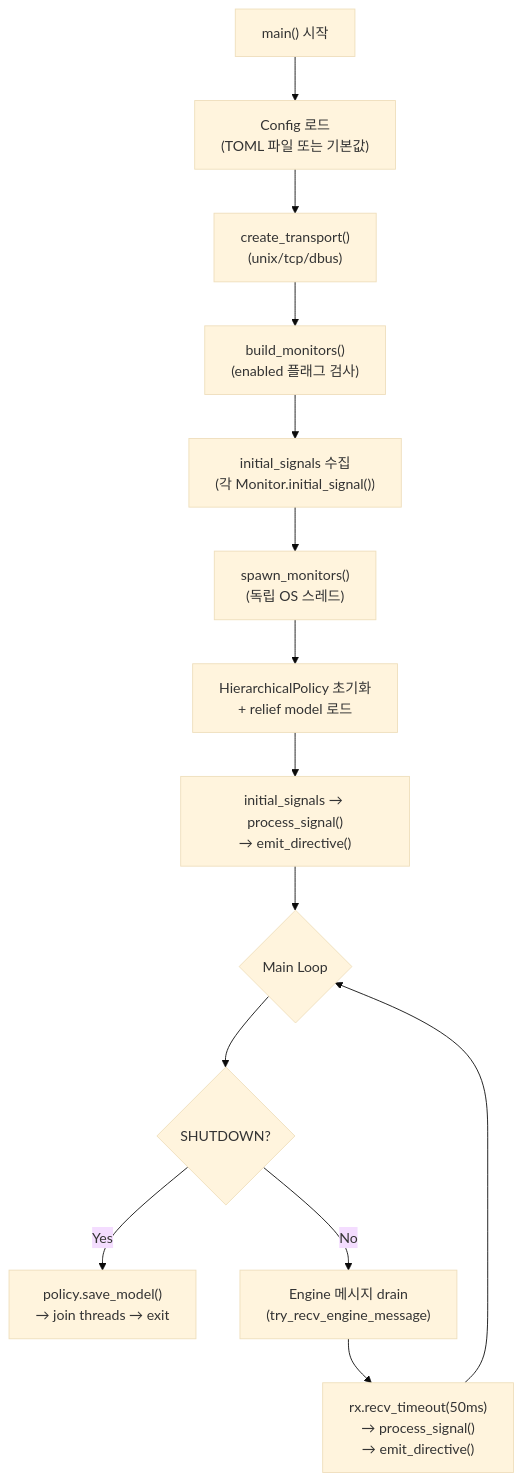
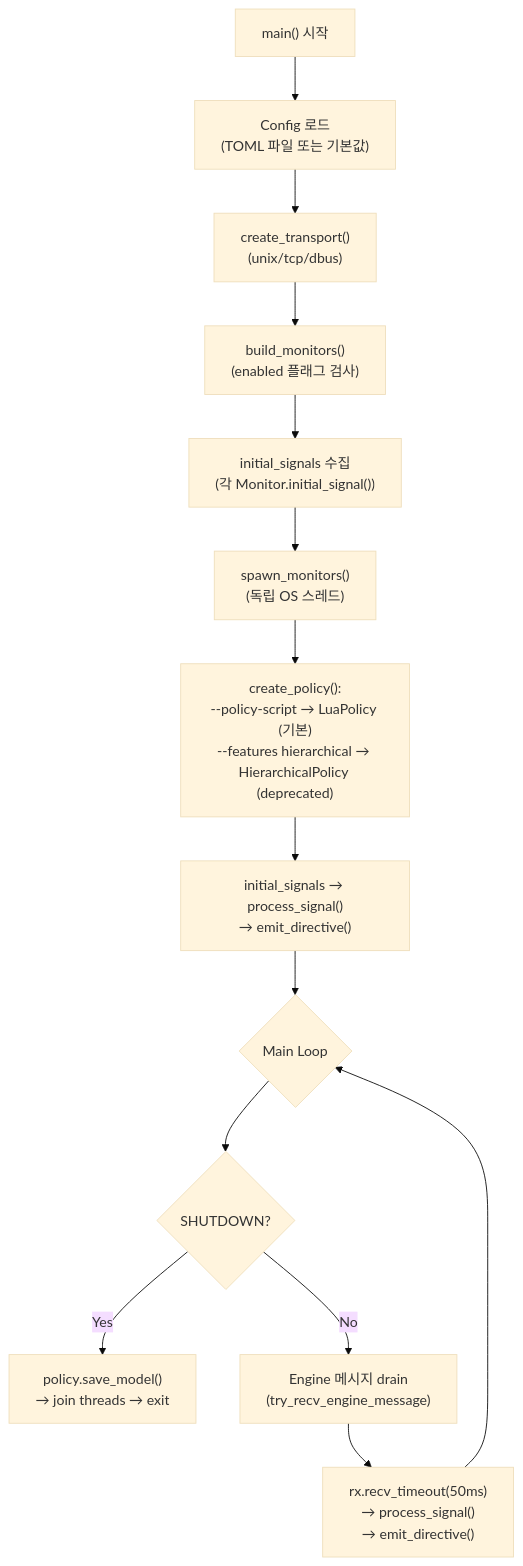
Before and after one commit to hedone21/llm_rs2: the fourth of 8 diagrams in arch/20-manager.md, drawn with Mermaid (base theme). The commit also changed other lines of this file and 3 other files, not shown here.

First line of the commit message:
docs(arch): update Manager architecture for LuaPolicy as default policy

````diff
--- a/arch/20-manager.md
+++ b/arch/20-manager.md
@@ -371,16 +388,16 @@
 ```mermaid
 flowchart TD
     A["main() 시작"] --> B["Config 로드<br/>(TOML 파일 또는 기본값)"]
     B --> C["create_transport()<br/>(unix/tcp/dbus)"]
     C --> D["build_monitors()<br/>(enabled 플래그 검사)"]
     D --> E["initial_signals 수집<br/>(각 Monitor.initial_signal())"]
     E --> F["spawn_monitors()<br/>(독립 OS 스레드)"]
-    F --> G["HierarchicalPolicy 초기화<br/>+ relief model 로드"]
+    F --> G["create_policy():<br/>--policy-script → LuaPolicy (기본)<br/>--features hierarchical → HierarchicalPolicy (deprecated)"]
     G --> H["initial_signals → process_signal()<br/>→ emit_directive()"]
     H --> I{"Main Loop"}
     I --> J{"SHUTDOWN?"}
     J -- Yes --> M["policy.save_model()<br/>→ join threads → exit"]
     J -- No --> K["Engine 메시지 drain<br/>(try_recv_engine_message)"]
     K --> L["rx.recv_timeout(50ms)<br/>→ process_signal()<br/>→ emit_directive()"]
     L --> I
 ```
````
